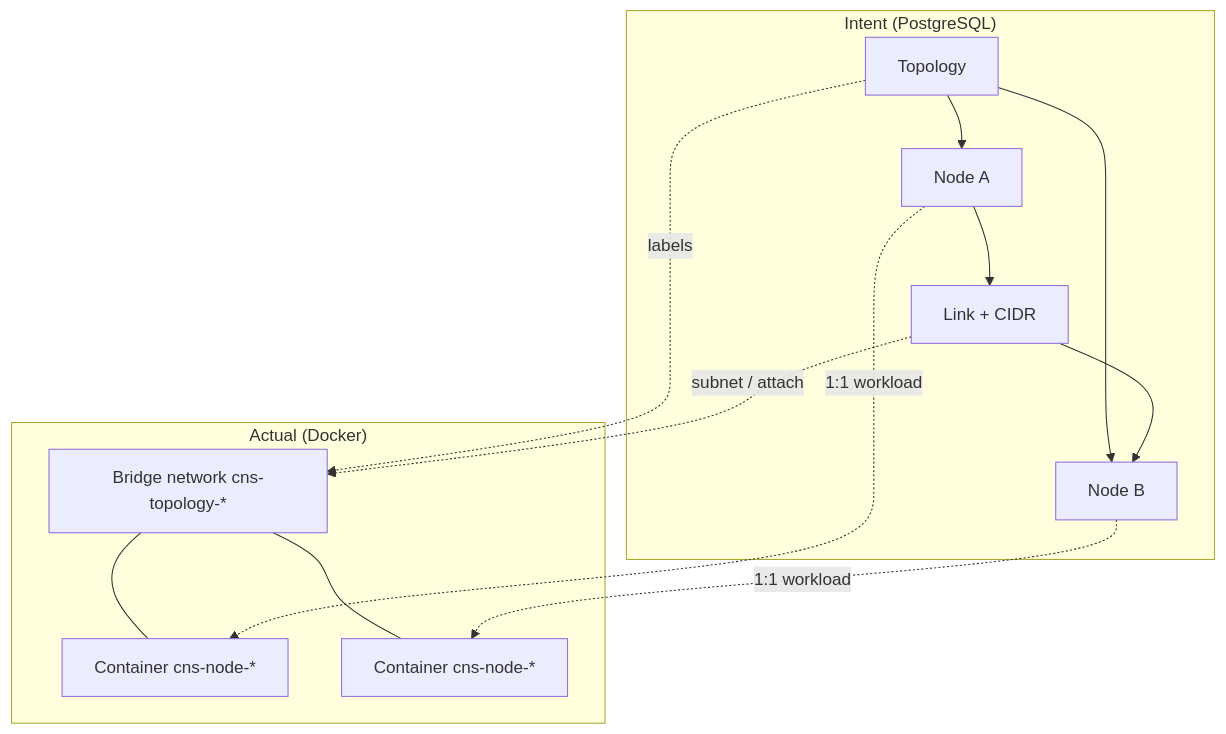
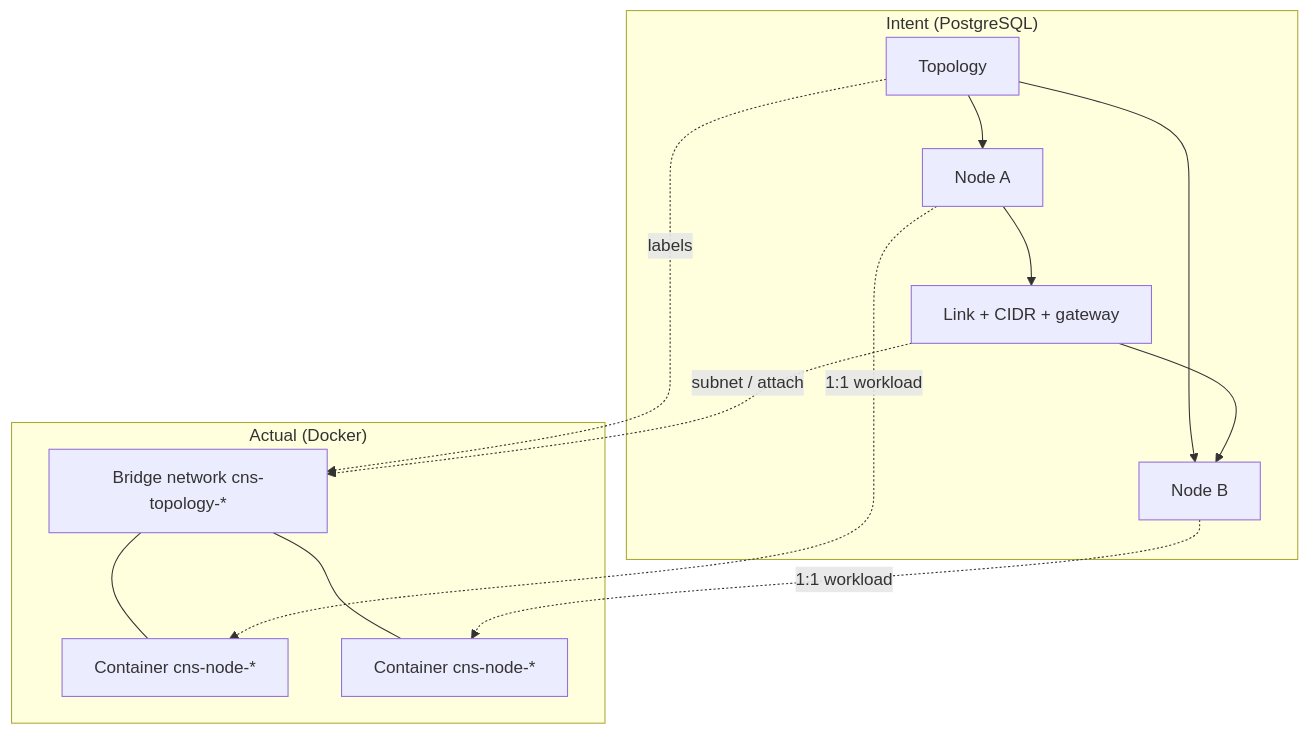
Before and after one commit to timothy-choi/cloud-networking-studio: the first of 3 diagrams in docs/architecture.md, drawn with Mermaid. The commit also changed other lines of this file and 29 other files, not shown here.

````diff
--- a/docs/architecture.md
+++ b/docs/architecture.md
@@ -42,24 +48,24 @@
 ```mermaid
 flowchart TB
   subgraph intent["Intent (PostgreSQL)"]
     T[Topology]
     N1[Node A]
     N2[Node B]
-    L[Link + CIDR]
+    L2[Link + CIDR + gateway]
     T --> N1
     T --> N2
-    N1 --> L
-    L --> N2
+    N1 --> L2
+    L2 --> N2
   end
   subgraph actual["Actual (Docker)"]
     NET["Bridge network cns-topology-*"]
     C1["Container cns-node-*"]
     C2["Container cns-node-*"]
     NET --- C1
     NET --- C2
   end
   T -.->|"labels"| NET
   N1 -.->|"1:1 workload"| C1
   N2 -.->|"1:1 workload"| C2
-  L -.->|"subnet / attach"| NET
+  L2 -.->|"subnet / attach"| NET
 ```
````
